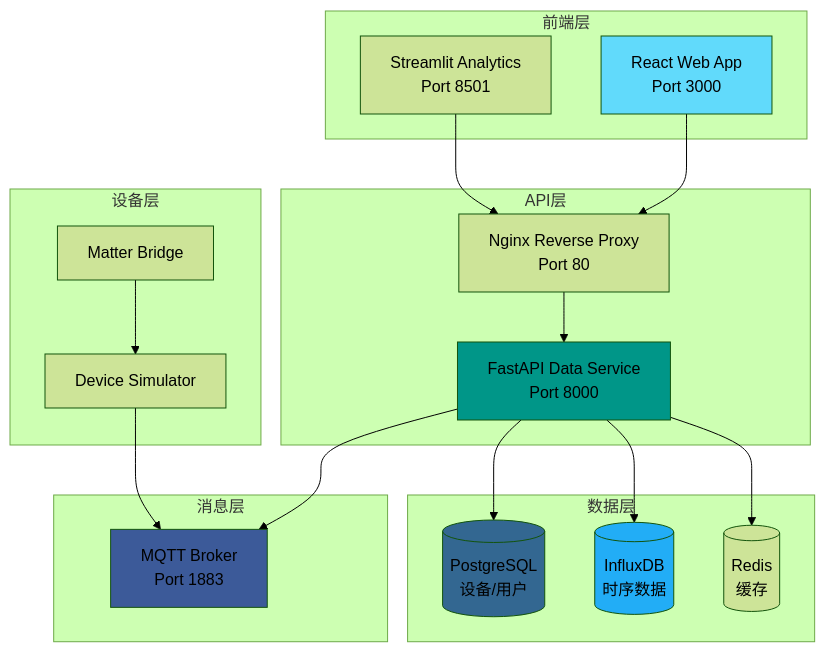
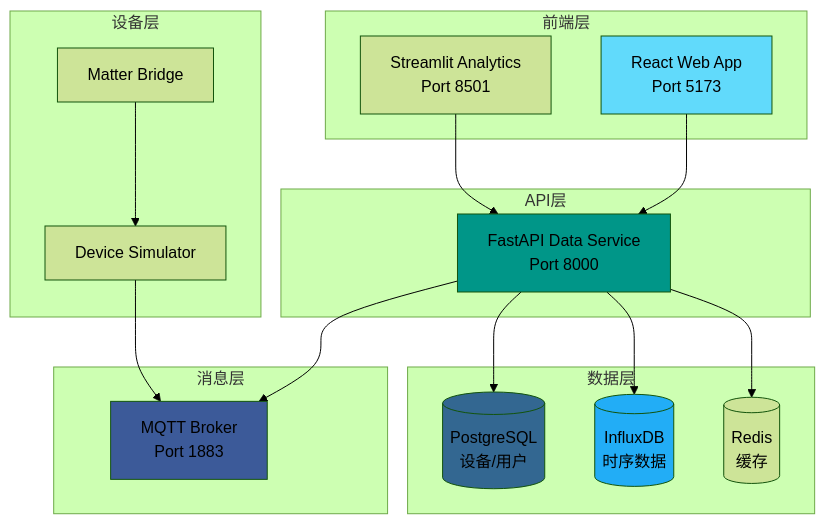
One commit to 0011-joe/smart-energy-platform changed the first of 2 diagrams in README.md. Above: the diagram before and after it, drawn with Mermaid (forest theme). The commit also changed other lines of this file and 2 other files, not shown here.

````diff
--- a/README.md
+++ b/README.md
@@ -105,43 +33,41 @@
 ```mermaid
 graph TB
     subgraph "前端层"
-        WEB[React Web App<br/>Port 3000]
+        WEB[React Web App<br/>Port 5173]
         ANALYST[Streamlit Analytics<br/>Port 8501]
     end
 
     subgraph "API层"
-        NGINX[Nginx Reverse Proxy<br/>Port 80]
         API[FastAPI Data Service<br/>Port 8000]
     end
 
     subgraph "数据层"
         PG[(PostgreSQL<br/>设备/用户)]
         INFLUX[(InfluxDB<br/>时序数据)]
         REDIS[(Redis<br/>缓存)]
     end
 
     subgraph "消息层"
         MQTT[MQTT Broker<br/>Port 1883]
     end
 
     subgraph "设备层"
         SIM[Device Simulator]
         MATTER[Matter Bridge]
     end
 
-    WEB --> NGINX
-    ANALYST --> NGINX
-    NGINX --> API
+    WEB --> API
+    ANALYST --> API
     API --> PG
     API --> INFLUX
     API --> REDIS
     API --> MQTT
     SIM --> MQTT
     MATTER --> SIM
 
     style WEB fill:#61DAFB
     style API fill:#009688
     style PG fill:#336791
     style INFLUX fill:#22ADF6
     style MQTT fill:#3C5A99
 ```
````
